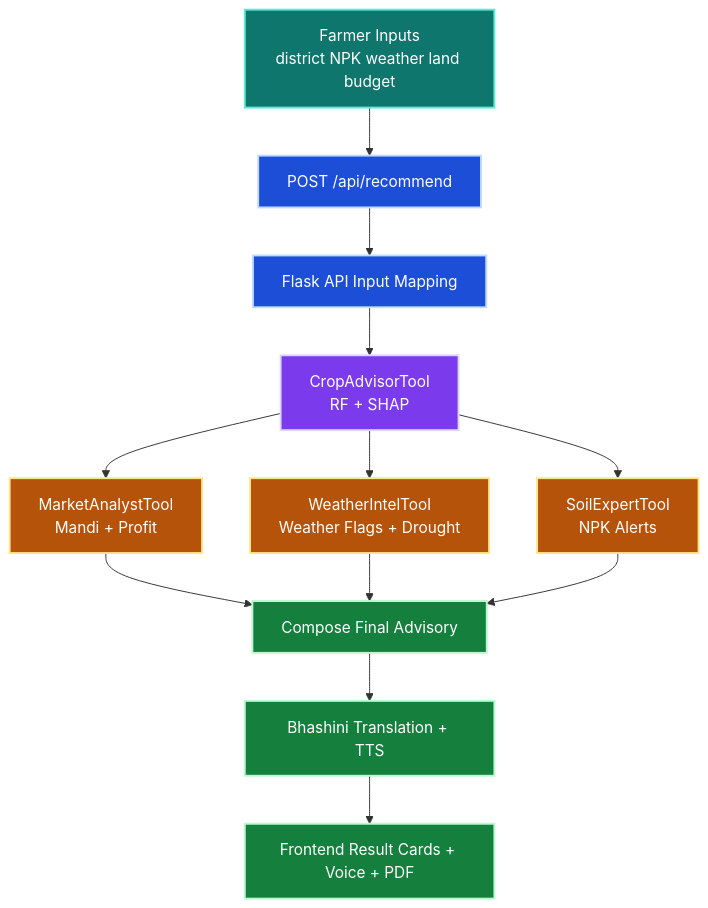
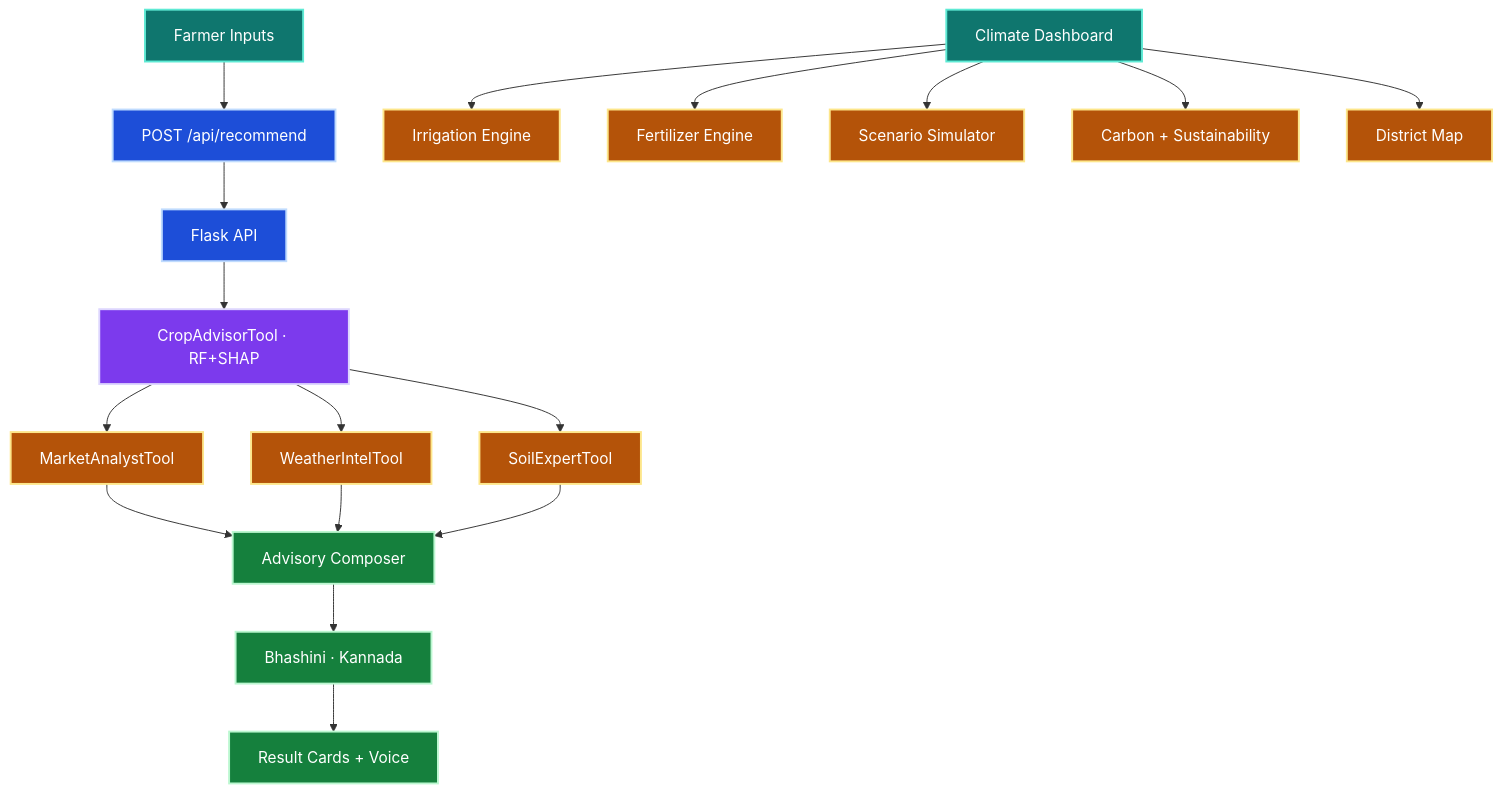
The second of 2 diagrams in README.md (Yashaswini-V21/Rytha_Mitra), drawn with Mermaid before and after one commit. The commit also changed other lines of this file and 14 other files, not shown here.

First line of the commit message:
✨ feat: premium UI upgrade — climate dashboard, advisory tool & navbar redesign

````diff
--- a/README.md
+++ b/README.md
@@ -190,20 +187,26 @@
 ```mermaid
 flowchart TD
   classDef input fill:#0f766e,stroke:#5eead4,color:#ffffff,stroke-width:2px;
   classDef api fill:#1d4ed8,stroke:#bfdbfe,color:#ffffff,stroke-width:2px;
   classDef ml fill:#7c3aed,stroke:#ddd6fe,color:#ffffff,stroke-width:2px;
-  classDef env fill:#b45309,stroke:#fde68a,color:#ffffff,stroke-width:2px;
+  classDef climate fill:#b45309,stroke:#fde68a,color:#ffffff,stroke-width:2px;
   classDef out fill:#15803d,stroke:#bbf7d0,color:#ffffff,stroke-width:2px;
 
-  A[Farmer Inputs<br/>district NPK weather land budget]:::input --> B[POST /api/recommend]:::api
-  B --> C[Flask API Input Mapping]:::api
-  C --> D[CropAdvisorTool<br/>RF + SHAP]:::ml
-  D --> E[MarketAnalystTool<br/>Mandi + Profit]:::env
-  D --> F[WeatherIntelTool<br/>Weather Flags + Drought]:::env
-  D --> G[SoilExpertTool<br/>NPK Alerts]:::env
-  E --> H[Compose Final Advisory]:::out
+  A[Farmer Inputs]:::input --> B[POST /api/recommend]:::api
+  B --> C[Flask API]:::api
+  C --> D[CropAdvisorTool · RF+SHAP]:::ml
+  D --> E[MarketAnalystTool]:::climate
+  D --> F[WeatherIntelTool]:::climate
+  D --> G[SoilExpertTool]:::climate
+  E --> H[Advisory Composer]:::out
   F --> H
   G --> H
-  H --> I[Bhashini Translation + TTS]:::out
-  I --> J[Frontend Result Cards + Voice + PDF]:::out
+  H --> I[Bhashini · Kannada]:::out
+  I --> J[Result Cards + Voice]:::out
+
+  K[Climate Dashboard]:::input --> L[Irrigation Engine]:::climate
+  K --> M[Fertilizer Engine]:::climate
+  K --> N[Scenario Simulator]:::climate
+  K --> O[Carbon + Sustainability]:::climate
+  K --> P[District Map]:::climate
 ```
````
